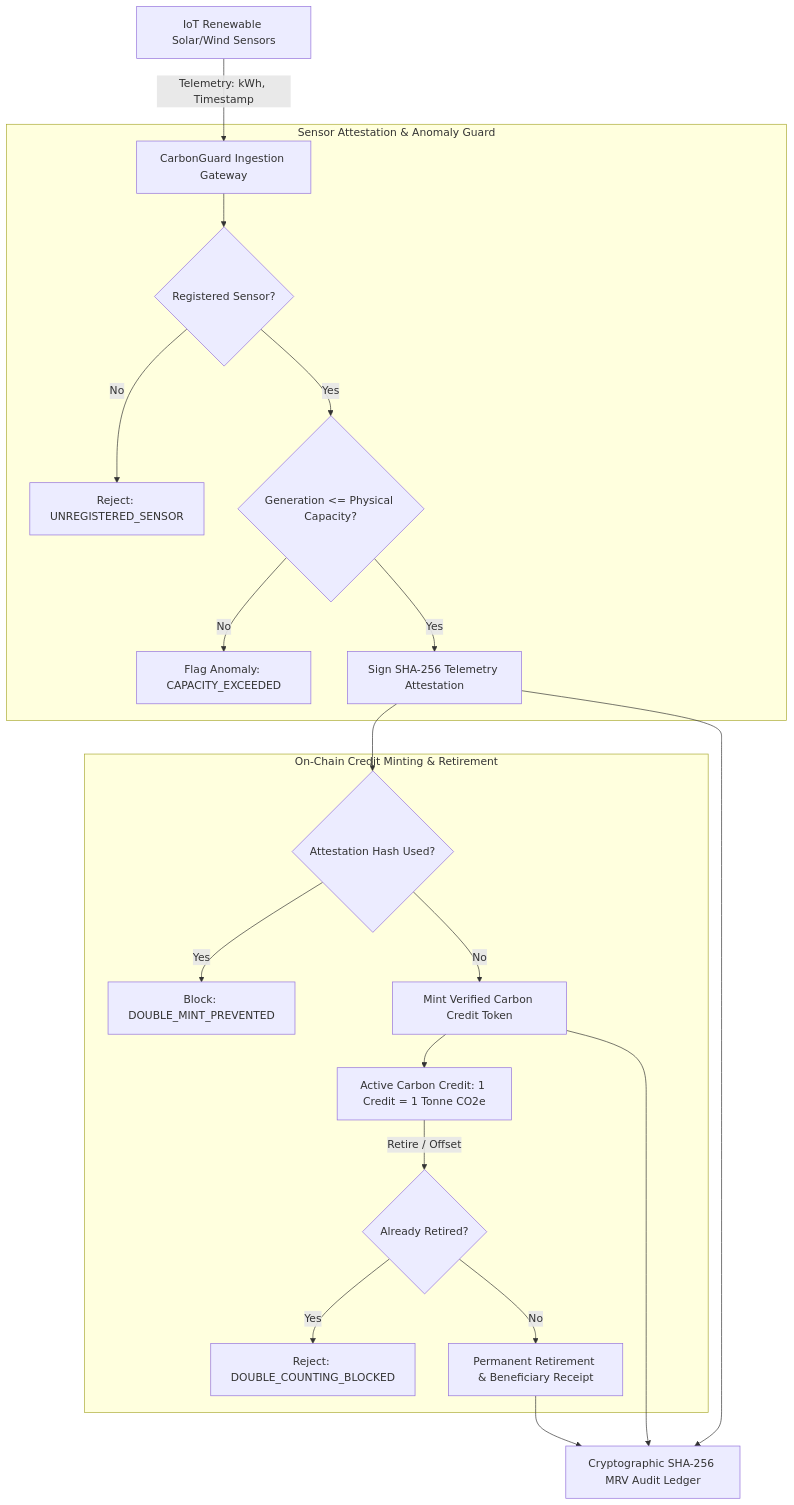
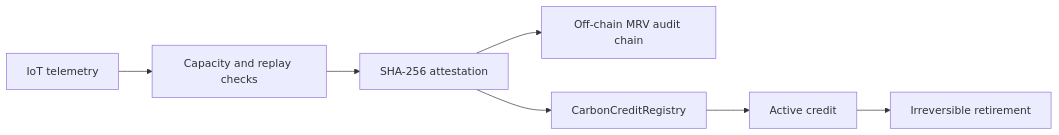
Before and after one commit to sidsri14/carbonguard: the diagram in README.md, drawn with Mermaid. The commit also changed other lines of this file and 12 other files, not shown here.

Commit message:
Add on-chain carbon credit registry

````diff
--- a/README.md
+++ b/README.md
@@ -29,26 +39,9 @@
 ```mermaid
-flowchart TD
-    A[IoT Renewable Solar/Wind Sensors] -->|Telemetry: kWh, Timestamp| B[CarbonGuard Ingestion Gateway]
-    
-    subgraph IoTAttestation [Sensor Attestation & Anomaly Guard]
-        B --> C{Registered Sensor?}
-        C -->|No| D[Reject: UNREGISTERED_SENSOR]
-        C -->|Yes| E{Generation <= Physical Capacity?}
-        E -->|No| F[Flag Anomaly: CAPACITY_EXCEEDED]
-        E -->|Yes| G[Sign SHA-256 Telemetry Attestation]
-    end
-
-    subgraph OnChainCredit [On-Chain Credit Minting & Retirement]
-        G --> H{Attestation Hash Used?}
-        H -->|Yes| I[Block: DOUBLE_MINT_PREVENTED]
-        H -->|No| J[Mint Verified Carbon Credit Token]
-        J --> K[Active Carbon Credit: 1 Credit = 1 Tonne CO2e]
-        K -->|Retire / Offset| L{Already Retired?}
-        L -->|Yes| M[Reject: DOUBLE_COUNTING_BLOCKED]
-        L -->|No| N[Permanent Retirement & Beneficiary Receipt]
-    end
-
-    G --> O[Cryptographic SHA-256 MRV Audit Ledger]
-    J --> O
-    N --> O
+flowchart LR
+  A[IoT telemetry] --> B[Capacity and replay checks]
+  B --> C[SHA-256 attestation]
+  C --> D[Off-chain MRV audit chain]
+  C --> E[CarbonCreditRegistry]
+  E --> F[Active credit]
+  F --> G[Irreversible retirement]
 ```
````
